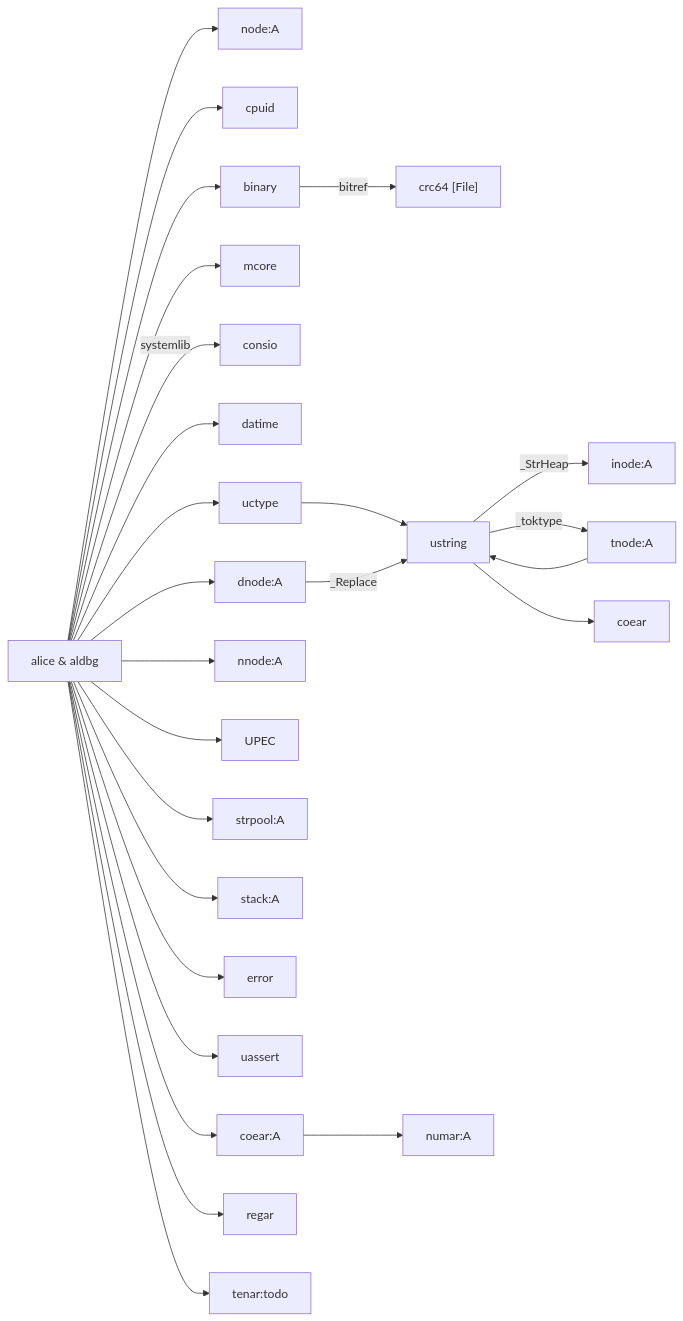
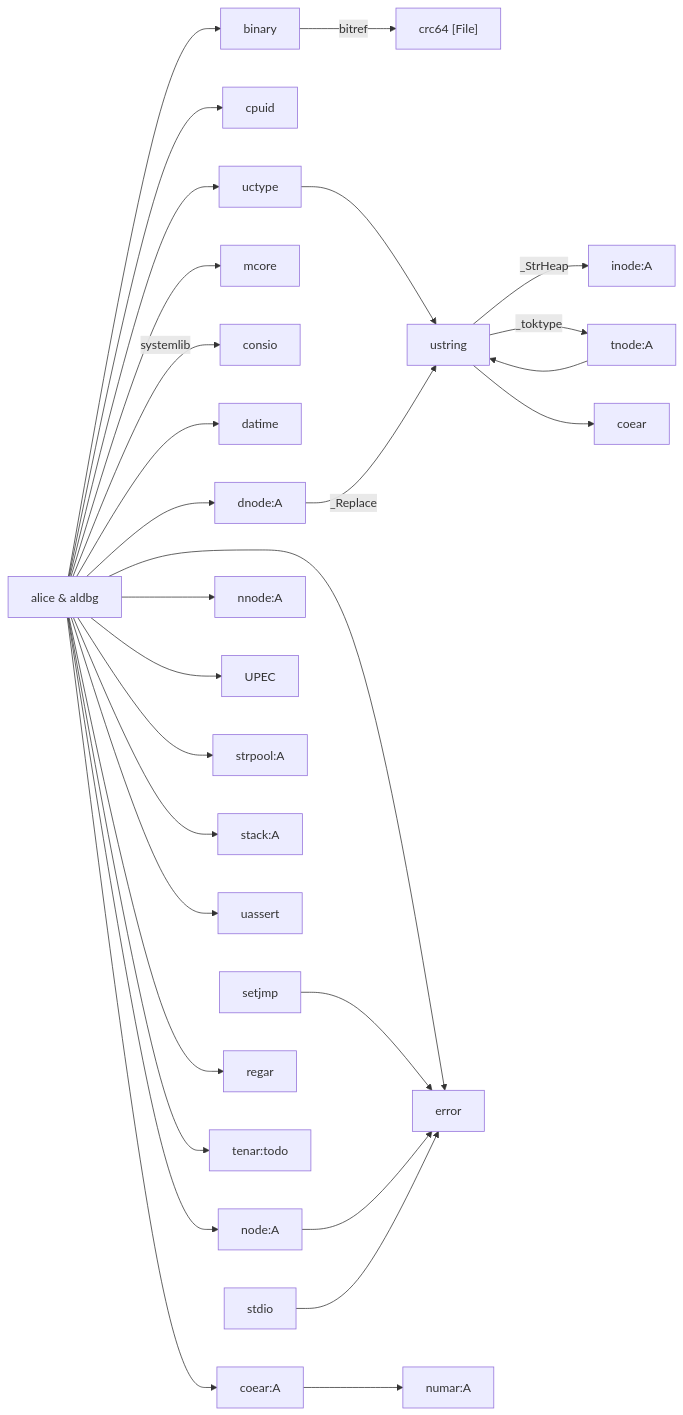
Before and after one commit to ArinaMgk/unisym: the diagram in doc/DEPEND.md, drawn with Mermaid. The commit also changed 14 other files, not shown here.

````diff
--- a/doc/DEPEND.md
+++ b/doc/DEPEND.md
@@ -11,24 +11,28 @@
 ```mermaid
 graph LR
 	%% CPL
-	root[alice & aldbg]-->node:A
+	root[alice & aldbg]-->node[node:A]
 	root-->cpuid[cpuid]
 	root-->binary[binary]--bitref-->hash_crc64["crc64 [File]"]
 	root-->mcore
 	root--systemlib-->consio
 	root-->datime
 	root-->uctype-->ustring
-	root-->dnode:A--_Replace-->ustring
+	root-->dnode[dnode:A]--_Replace-->ustring
 	ustring--_StrHeap-->inode:A
 	ustring--_toktype-->tnode[tnode:A]-->ustring
 	ustring-->coear
 	root-->nnode:A
 	root-->UPEC
 	root-->strpool:A
 	root-->stack:A
 	root-->error
 	root-->uassert
 	root-->coear:A-->numar:A
 	root-->regar
 	root-->tenar:todo
+	
+	setjmp-->error
+	node-->error
+	stdio-->error
 ```
````
